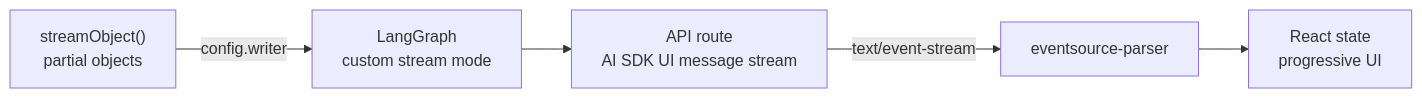
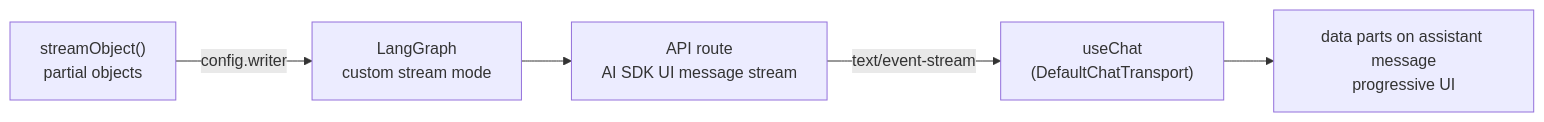
One commit to wahidrahim/role-report-ai changed the first of 3 diagrams in README.md. Above: the diagram before and after it, drawn with Mermaid. The commit also changed other lines of this file and 3 other files, not shown here.

````diff
--- a/README.md
+++ b/README.md
@@ -35,7 +35,7 @@
 ```mermaid
 flowchart LR
     A["streamObject()<br/>partial objects"] -->|"config.writer"| B["LangGraph<br/>custom stream mode"]
     B --> C["API route<br/>AI SDK UI message stream"]
-    C -->|"text/event-stream"| D["eventsource-parser"]
-    D --> E["React state<br/>progressive UI"]
+    C -->|"text/event-stream"| D["useChat<br/>(DefaultChatTransport)"]
+    D --> E["data parts on assistant message<br/>progressive UI"]
 ```
````
